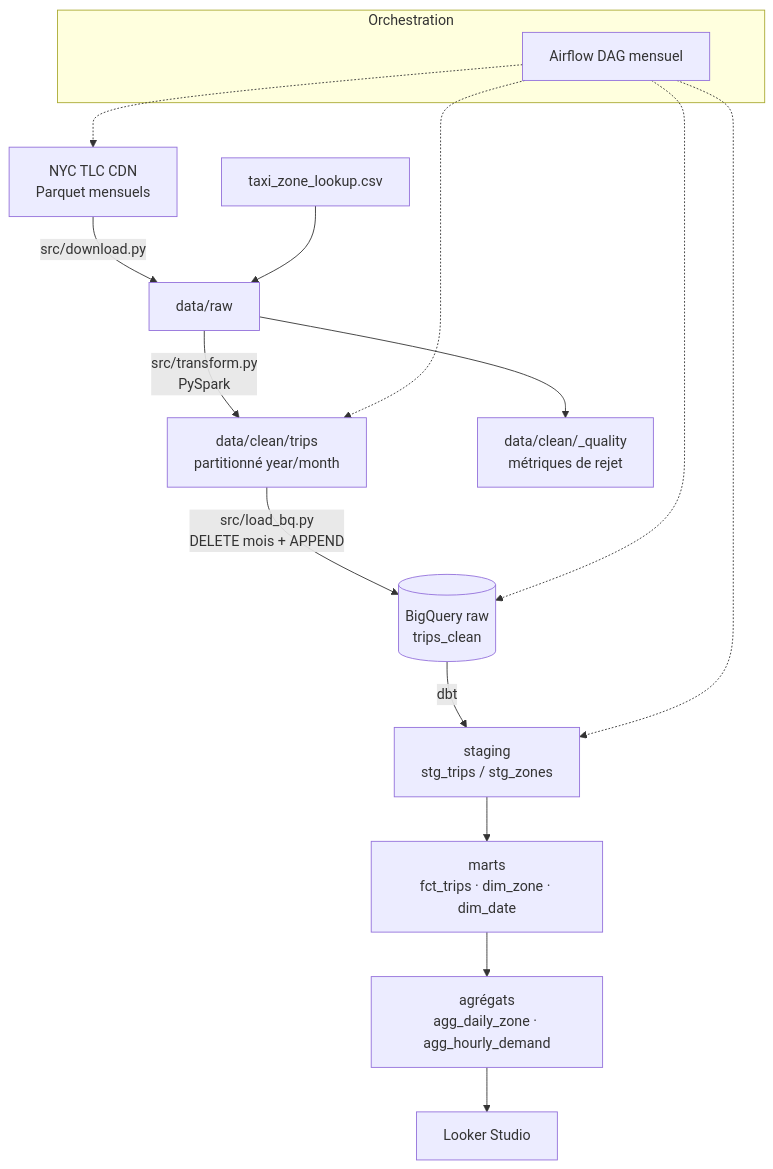
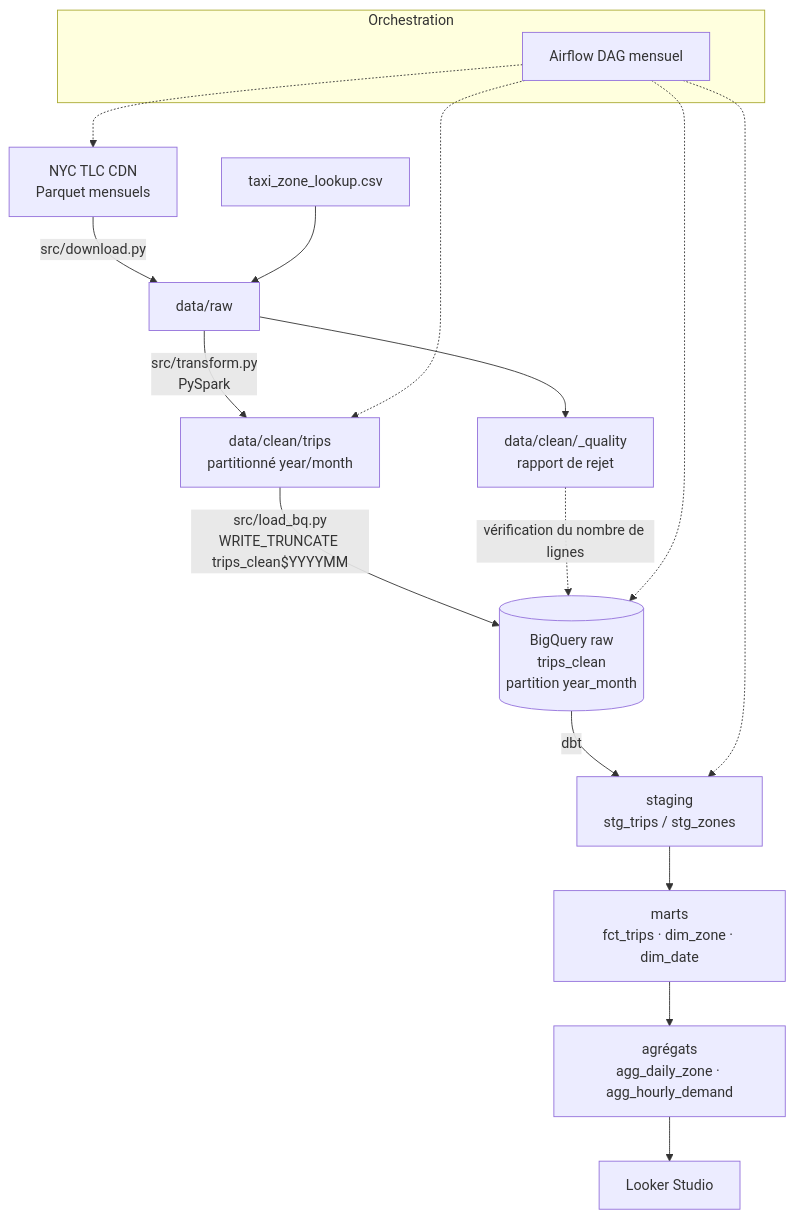
Before and after one commit to younesbou1608/nyc-taxi-pipeline: the first of 2 diagrams in docs/ARCHITECTURE.md, drawn with Mermaid. The commit also changed other lines of this file and 18 other files, not shown here.

Commit message:
refactor: compatibilite sandbox BigQuery

````diff
--- a/docs/ARCHITECTURE.md
+++ b/docs/ARCHITECTURE.md
@@ -5,20 +5,21 @@
 ```mermaid
 flowchart TD
     A[NYC TLC CDN<br/>Parquet mensuels] -->|src/download.py| B[data/raw]
     Z[taxi_zone_lookup.csv] --> B
     B -->|src/transform.py<br/>PySpark| C[data/clean/trips<br/>partitionné year/month]
-    B --> Q[data/clean/_quality<br/>métriques de rejet]
-    C -->|src/load_bq.py<br/>DELETE mois + APPEND| D[(BigQuery raw<br/>trips_clean)]
+    B --> Q[data/clean/_quality<br/>rapport de rejet]
+    C -->|src/load_bq.py<br/>WRITE_TRUNCATE trips_clean$YYYYMM| D[(BigQuery raw<br/>trips_clean<br/>partition year_month)]
+    Q -.->|vérification du nombre de lignes| D
     D -->|dbt| E[staging<br/>stg_trips / stg_zones]
     E --> F[marts<br/>fct_trips · dim_zone · dim_date]
     F --> G[agrégats<br/>agg_daily_zone · agg_hourly_demand]
     G --> H[Looker Studio]
 
     subgraph Orchestration
       I[Airflow DAG mensuel]
     end
     I -.-> A
     I -.-> C
     I -.-> D
     I -.-> E
 ```
````
